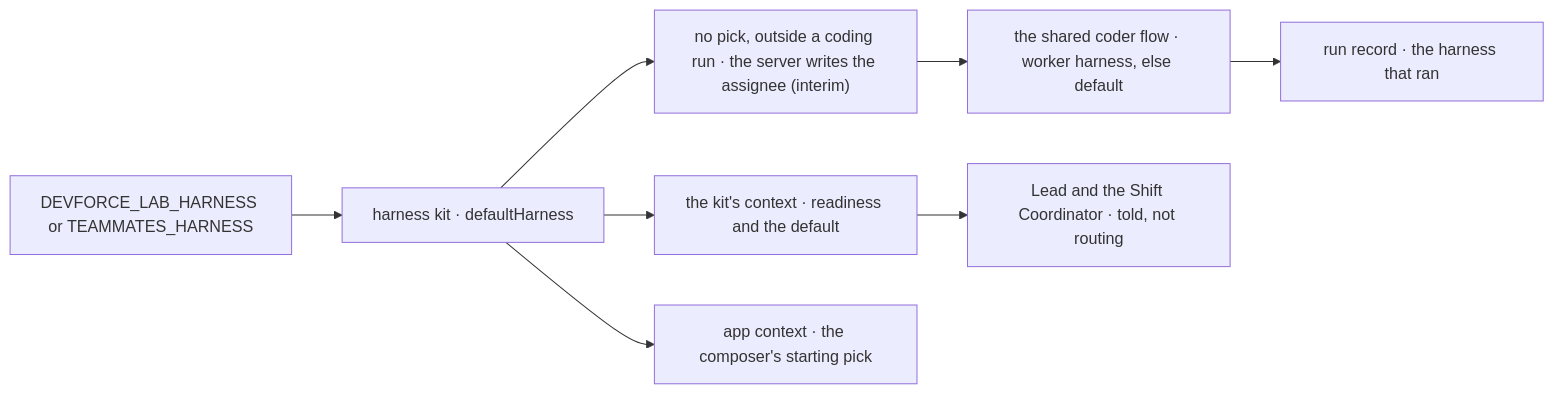
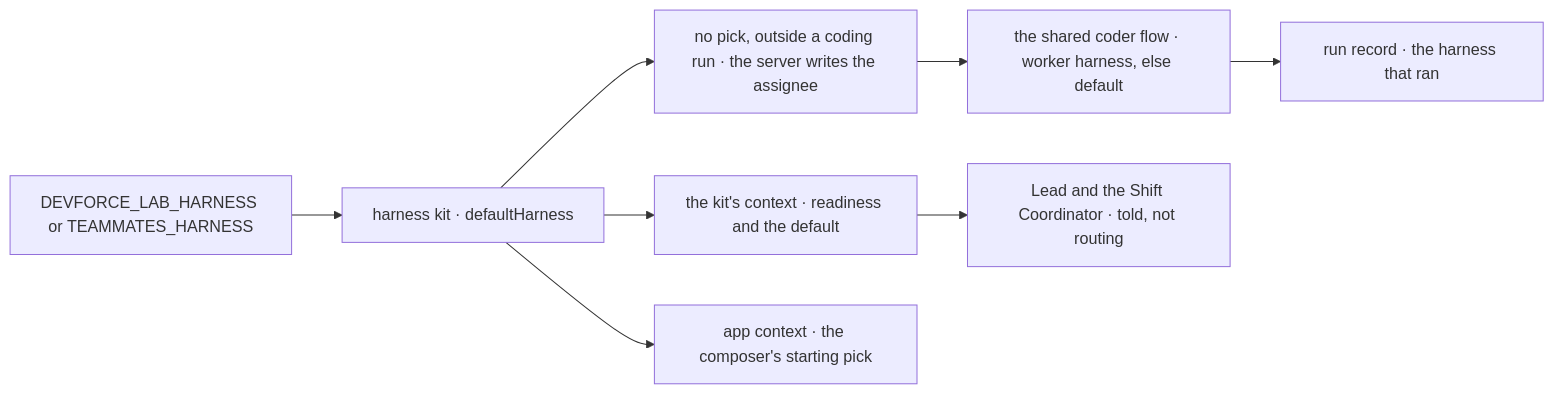
The second of 2 diagrams in specs/issues/FIX-2877/SPEC.md (fixpoint-labs/flow-state-dev), drawn with Mermaid before and after one commit. The commit also changed other lines of this file and 2 other files, not shown here.

First line of the commit message:
spec(FIX-2877): D2's no-pick assignee outside a coding run is permanent, not interim to FIX-2878

````diff
--- a/specs/issues/FIX-2877/SPEC.md
+++ b/specs/issues/FIX-2877/SPEC.md
@@ -115,10 +114,10 @@
 ```mermaid
 flowchart LR
   E["DEVFORCE_LAB_HARNESS or TEAMMATES_HARNESS"] --> K["harness kit · defaultHarness"]
-  K --> W["no pick, outside a coding run · the server writes the assignee (interim)"]
+  K --> W["no pick, outside a coding run · the server writes the assignee"]
   W --> F["the shared coder flow · worker harness, else default"]
   K --> X["the kit's context · readiness and the default"]
   X --> L["Lead and the Shift Coordinator · told, not routing"]
   K --> V["app context · the composer's starting pick"]
   F --> R["run record · the harness that ran"]
 ```
````
